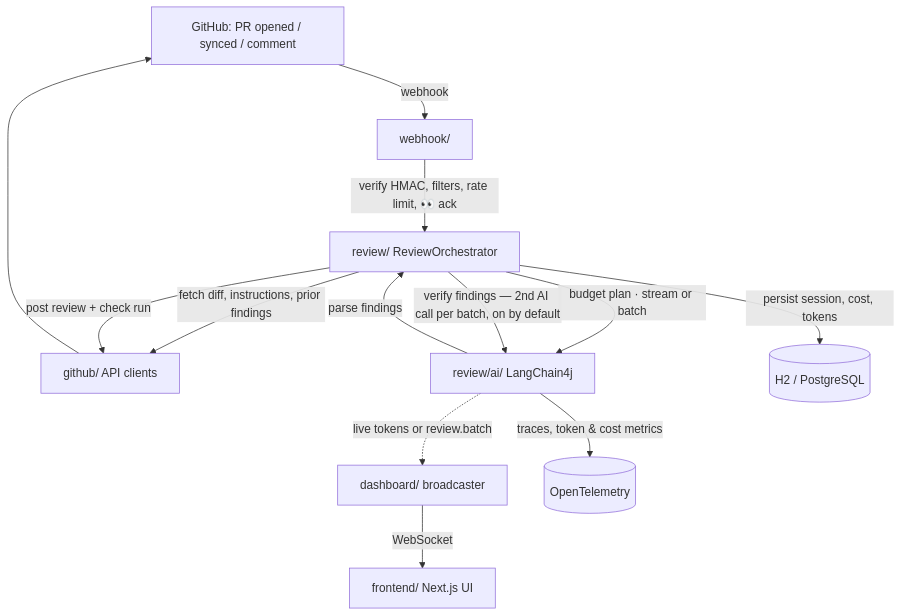
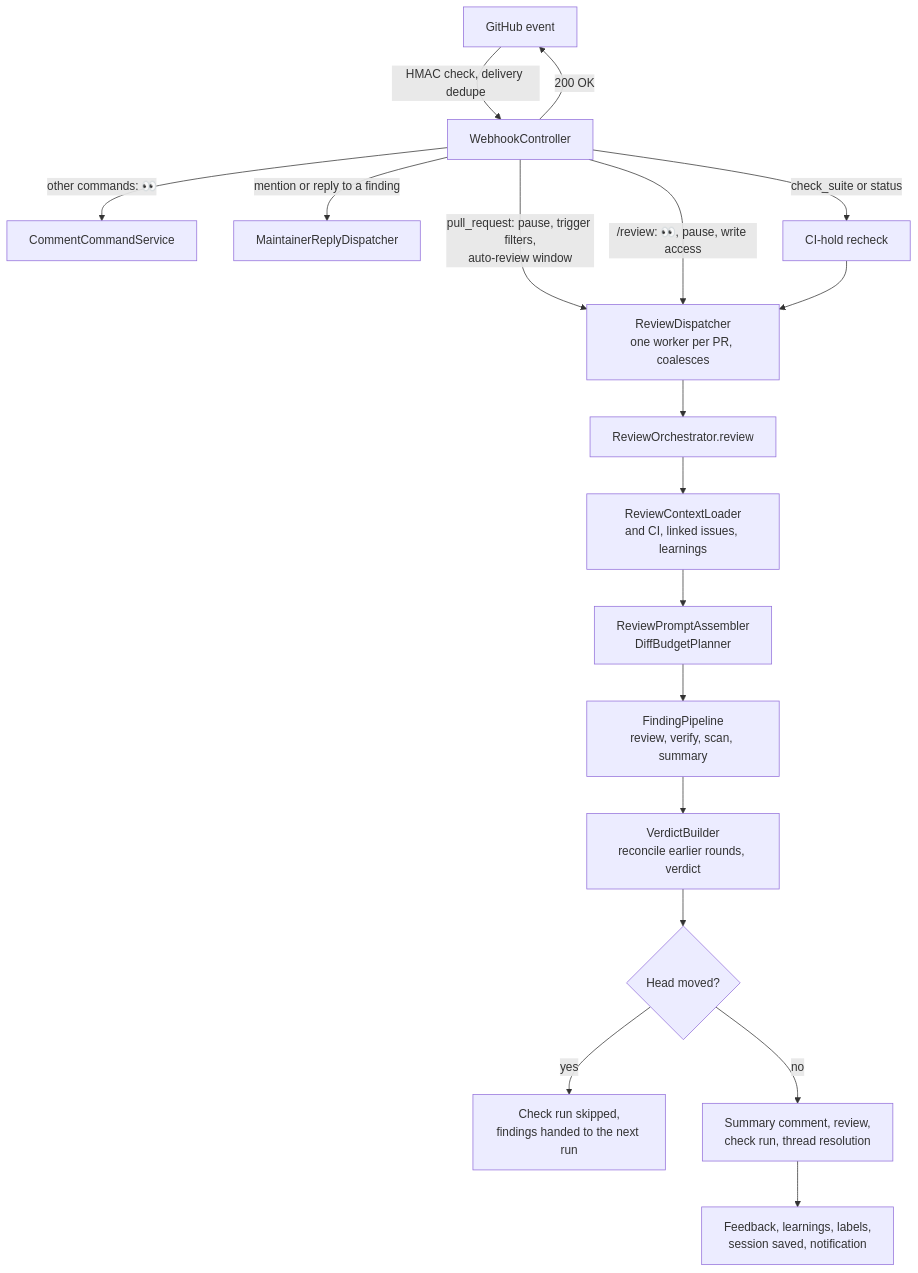
The second of 4 diagrams in docs/ARCHITECTURE.md (devops-thiago/ThrillhouseBot), drawn with Mermaid before and after one commit. The commit also changed other lines of this file and 1 other file, not shown here.

First line of the commit message:
docs: update the architecture overview and AGENTS.md for 0.7.0 (#990)

````diff
--- a/docs/ARCHITECTURE.md
+++ b/docs/ARCHITECTURE.md
@@ -44,14 +54,20 @@
 ```mermaid
 flowchart TD
-    GH[GitHub: PR opened / synced / comment] -->|webhook| WH[webhook/]
-    WH -->|verify HMAC, filters, rate limit, 👀 ack| RO[review/ ReviewOrchestrator]
-    RO -->|fetch diff, instructions, prior findings| GHC[github/ API clients]
-    RO -->|budget plan · stream or batch| AI[review/ai/ LangChain4j]
-    AI -->|parse findings| RO
-    RO -->|verify findings — 2nd AI call per batch, on by default| AI
-    RO -->|post review + check run| GHC --> GH
-    AI -.->|live tokens or review.batch| DB[dashboard/ broadcaster]
-    DB -->|WebSocket| FE[frontend/ Next.js UI]
-    RO -->|persist session, cost, tokens| PG[(H2 / PostgreSQL)]
-    AI -->|traces, token & cost metrics| OT[(OpenTelemetry)]
+    GH[GitHub event] -->|HMAC check, delivery dedupe| WH[WebhookController]
+    WH -->|pull_request: pause, trigger filters,<br/>auto-review window| DSP
+    WH -->|/review: 👀, pause, write access| DSP
+    WH -->|other commands: 👀| CMD[CommentCommandService]
+    WH -->|mention or reply to a finding| REP[MaintainerReplyDispatcher]
+    WH -->|check_suite or status| CIR[CI-hold recheck]
+    WH -->|200 OK| GH
+    CIR --> DSP
+    DSP[ReviewDispatcher<br/>one worker per PR, coalesces] --> RO[ReviewOrchestrator.review]
+    RO --> CTX[ReviewContextLoader<br/>and CI, linked issues, learnings]
+    CTX --> PLAN[ReviewPromptAssembler<br/>DiffBudgetPlanner]
+    PLAN --> FP[FindingPipeline<br/>review, verify, scan, summary]
+    FP --> VB[VerdictBuilder<br/>reconcile earlier rounds, verdict]
+    VB --> HM{Head moved?}
+    HM -->|yes| SKIP[Check run skipped,<br/>findings handed to the next run]
+    HM -->|no| PUB[Summary comment, review,<br/>check run, thread resolution]
+    PUB --> POST[Feedback, learnings, labels,<br/>session saved, notification]
 ```
````
